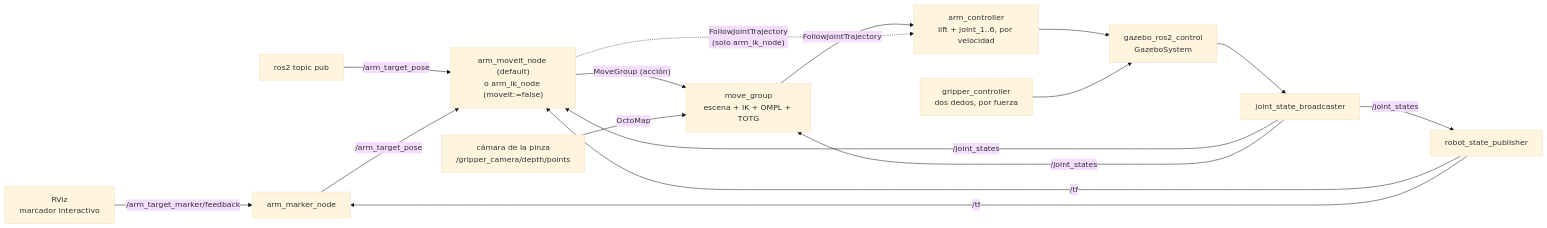
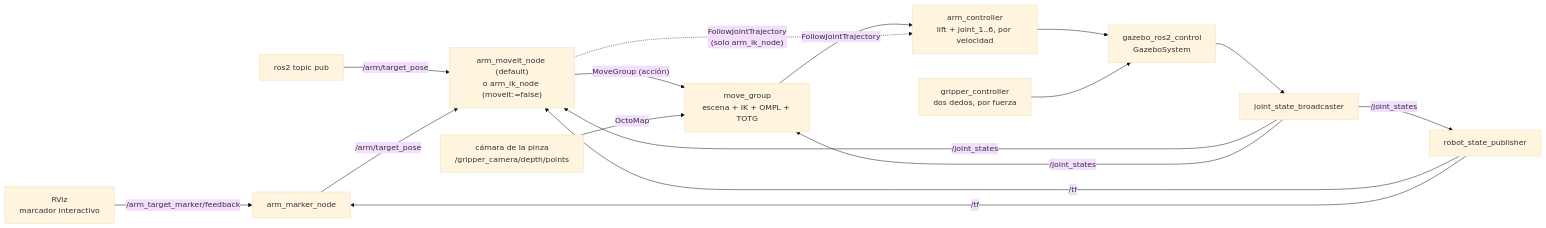
One commit to Ivan1721/milo_ws changed the first of 3 diagrams in docs/informe/README.md. Above: the diagram before and after it, drawn with Mermaid (base theme). The commit also changed other lines of this file and 57 other files, not shown here.

````diff
--- a/docs/informe/README.md
+++ b/docs/informe/README.md
@@ -858,19 +858,19 @@
 ```mermaid
 flowchart LR
   RV["RViz<br/>marcador interactivo"] -- "/arm_target_marker/feedback" --> MK["arm_marker_node"]
-  CLI["ros2 topic pub"] -- "/arm_target_pose" --> IK
-  MK -- "/arm_target_pose" --> IK["arm_moveit_node (default)<br/>o arm_ik_node (moveit:=false)"]
+  CLI["ros2 topic pub"] -- "/arm/target_pose" --> IK
+  MK -- "/arm/target_pose" --> IK["arm_moveit_node (default)<br/>o arm_ik_node (moveit:=false)"]
   IK -- "MoveGroup (acción)" --> MG["move_group<br/>escena + IK + OMPL + TOTG"]
   MG -- "FollowJointTrajectory" --> AC["arm_controller<br/>lift + joint_1..6, por velocidad"]
   IK -. "FollowJointTrajectory<br/>(solo arm_ik_node)" .-> AC
   CAM["cámara de la pinza<br/>/gripper_camera/depth/points"] -- "OctoMap" --> MG
   GC["gripper_controller<br/>dos dedos, por fuerza"]
   AC --> HW["gazebo_ros2_control<br/>GazeboSystem"]
   GC --> HW
   HW --> JSB["joint_state_broadcaster"]
   JSB -- "/joint_states" --> IK
   JSB -- "/joint_states" --> MG
   JSB -- "/joint_states" --> RSP["robot_state_publisher"]
   RSP -- "/tf" --> IK
   RSP -- "/tf" --> MK
 ```
````
